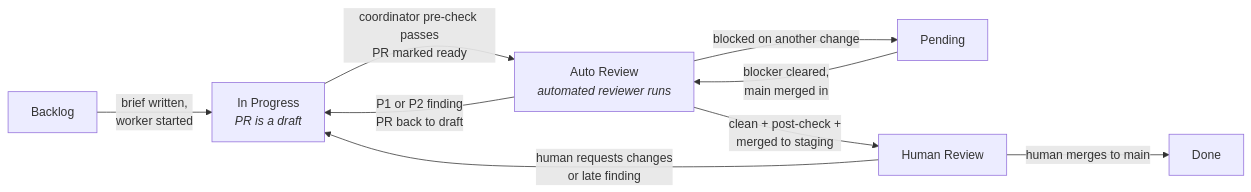
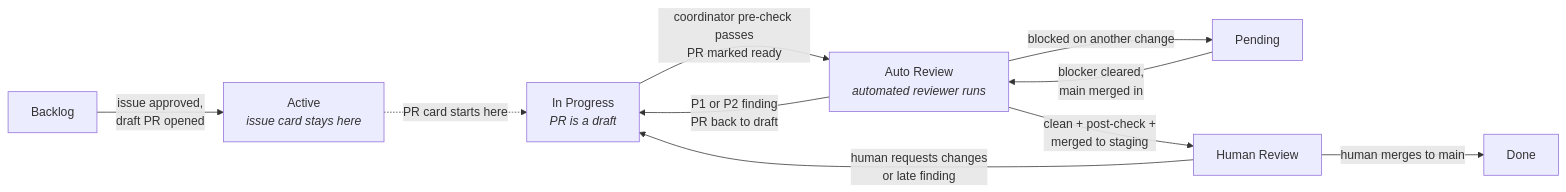
The diagram in diagrams-src/board.mmd (tangentcode/methodology), drawn with Mermaid before and after one commit. The commit also changed 9 other files, not shown here.

First line of the commit message:
Board: approved issues move to Active when their pull request launches

```diff
--- a/diagrams-src/board.mmd
+++ b/diagrams-src/board.mmd
@@ -1,9 +1,10 @@
 flowchart LR
-    B[Backlog] -->|brief written,<br/>worker started| IP[In Progress<br/><i>PR is a draft</i>]
+    B[Backlog] -->|issue approved,<br/>draft PR opened| AC[Active<br/><i>issue card stays here</i>]
+    AC -.->|PR card starts here| IP[In Progress<br/><i>PR is a draft</i>]
     IP -->|coordinator pre-check passes<br/>PR marked ready| AR[Auto Review<br/><i>automated reviewer runs</i>]
     AR -->|P1 or P2 finding<br/>PR back to draft| IP
     AR -->|blocked on another change| P[Pending]
     P -->|blocker cleared,<br/>main merged in| AR
     AR -->|clean + post-check +<br/>merged to staging| HR[Human Review]
     HR -->|human requests changes<br/>or late finding| IP
     HR -->|human merges to main| D[Done]
```
